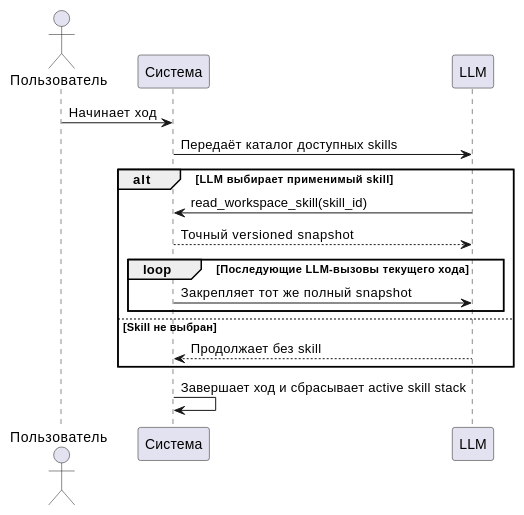
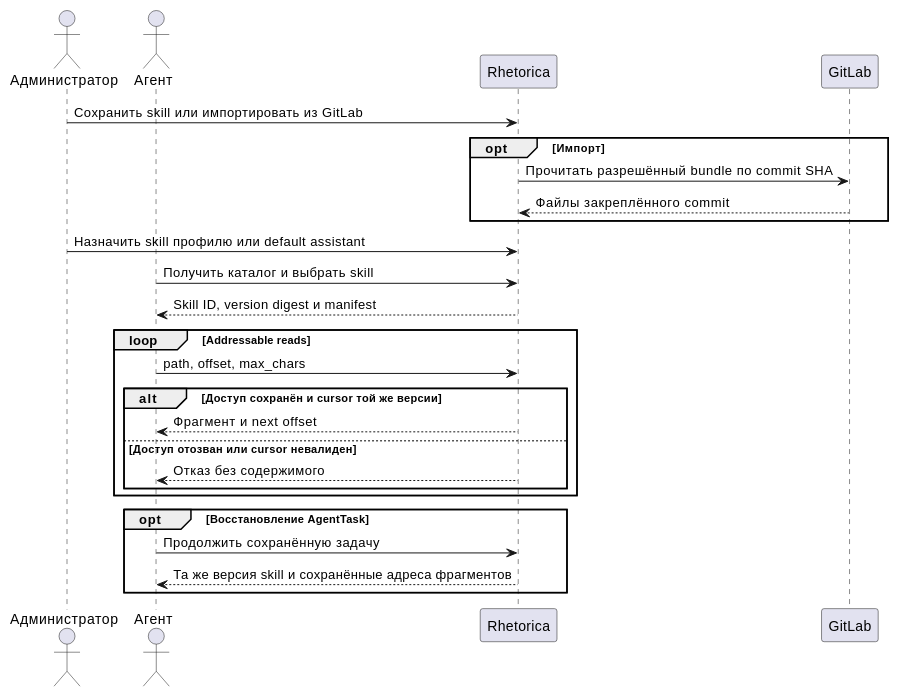
The diagram in openspec/specs/requirements/functional/fr-rh-010/spec.md (Adelphopoet/rhetorica), drawn with PlantUML before and after one commit. The commit also changed other lines of this file and 488 other files, not shown here.

````diff
--- a/openspec/specs/requirements/functional/fr-rh-010/spec.md
+++ b/openspec/specs/requirements/functional/fr-rh-010/spec.md
@@ -25,20 +25,28 @@
 ```plantuml
 @startuml
-actor Пользователь
-participant Система
-participant LLM
-
-Пользователь -> Система: Начинает ход
-Система -> LLM: Передаёт каталог доступных skills
-alt LLM выбирает применимый skill
-  LLM -> Система: read_workspace_skill(skill_id)
-  Система --> LLM: Точный versioned snapshot
-  loop Последующие LLM-вызовы текущего хода
-    Система -> LLM: Закрепляет тот же полный snapshot
+actor Администратор
+actor Агент
+participant Rhetorica
+participant GitLab
+Администратор -> Rhetorica: Сохранить skill или импортировать из GitLab
+opt Импорт
+  Rhetorica -> GitLab: Прочитать разрешённый bundle по commit SHA
+  GitLab --> Rhetorica: Файлы закреплённого commit
+end
+Администратор -> Rhetorica: Назначить skill профилю или default assistant
+Агент -> Rhetorica: Получить каталог и выбрать skill
+Rhetorica --> Агент: Skill ID, version digest и manifest
+loop Addressable reads
+  Агент -> Rhetorica: path, offset, max_chars
+  alt Доступ сохранён и cursor той же версии
+    Rhetorica --> Агент: Фрагмент и next offset
+  else Доступ отозван или cursor невалиден
+    Rhetorica --> Агент: Отказ без содержимого
   end
-else Skill не выбран
-  LLM --> Система: Продолжает без skill
 end
-Система -> Система: Завершает ход и сбрасывает active skill stack
+opt Восстановление AgentTask
+  Агент -> Rhetorica: Продолжить сохранённую задачу
+  Rhetorica --> Агент: Та же версия skill и сохранённые адреса фрагментов
+end
 @enduml
 ```
````
